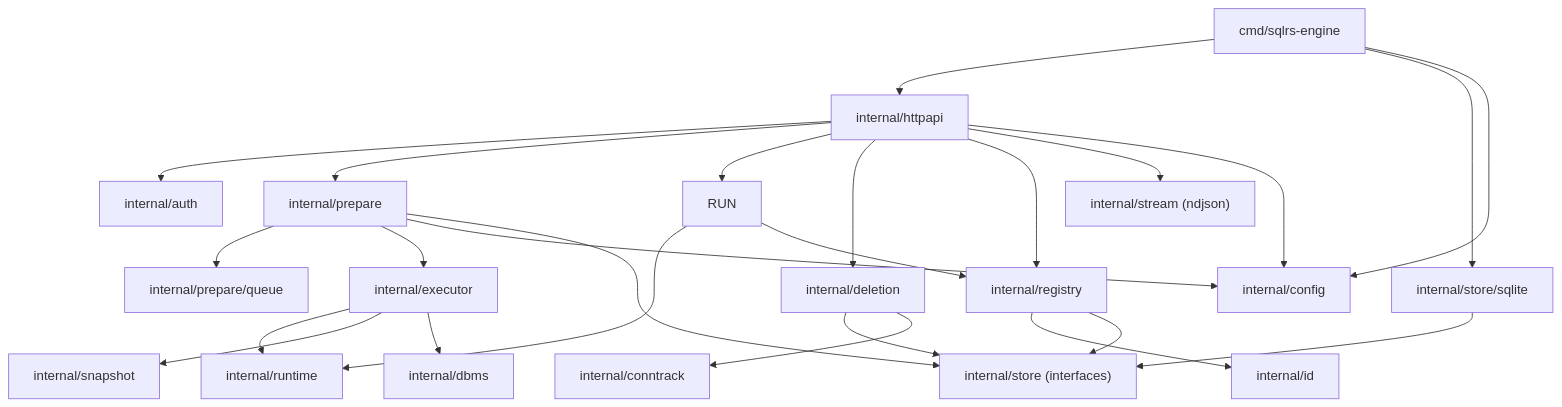
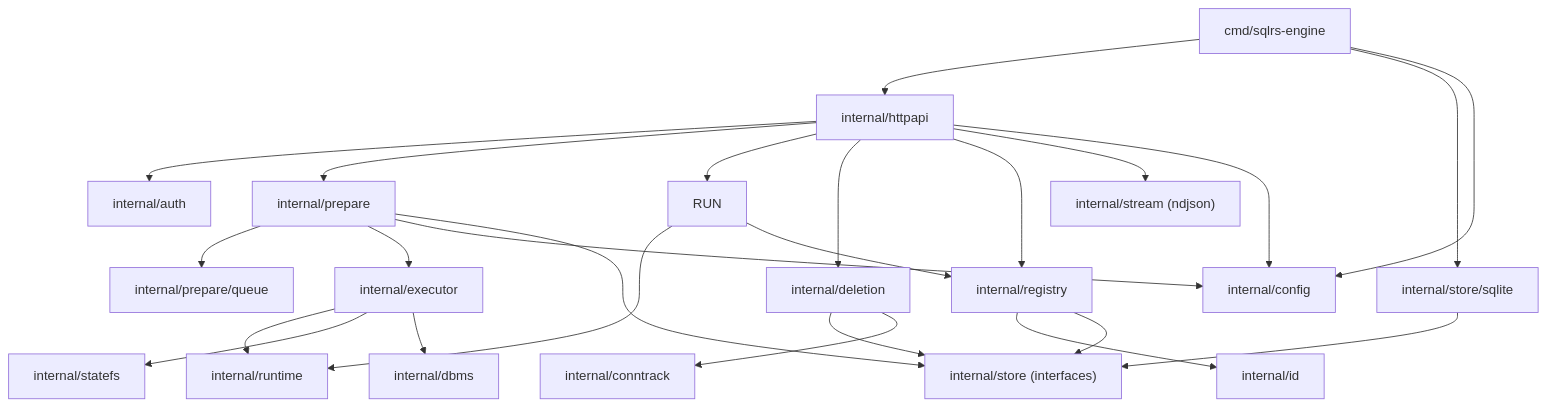
One commit to kimak-irmagi/taidon changed the diagram in docs/architecture/local-engine-component-structure.RU.md. Above: the diagram before and after it, drawn with Mermaid. The commit also changed other lines of this file and 29 other files, not shown here.

````diff
--- a/docs/architecture/local-engine-component-structure.RU.md
+++ b/docs/architecture/local-engine-component-structure.RU.md
@@ -116,45 +117,45 @@
 ```mermaid
 flowchart TD
   CMD["cmd/sqlrs-engine"]
   HTTP["internal/httpapi"]
   PREP["internal/prepare"]
   QUEUE["internal/prepare/queue"]
   EXEC["internal/executor"]
   RT["internal/runtime"]
-  SNAP["internal/snapshot"]
+  SNAP["internal/statefs"]
   DBMS["internal/dbms"]
   DEL["internal/deletion"]
   CONN["internal/conntrack"]
   AUTH["internal/auth"]
   REG["internal/registry"]
   ID["internal/id"]
   STORE["internal/store (interfaces)"]
   SQLITE["internal/store/sqlite"]
   STREAM["internal/stream (ndjson)"]
   CFG["internal/config"]
 
   CMD --> HTTP
   CMD --> SQLITE
   CMD --> CFG
   HTTP --> AUTH
   HTTP --> PREP
   HTTP --> RUN
   HTTP --> DEL
   HTTP --> REG
   HTTP --> STREAM
   HTTP --> CFG
   PREP --> QUEUE
   PREP --> EXEC
   PREP --> CFG
   EXEC --> RT
   EXEC --> SNAP
   EXEC --> DBMS
   DEL --> STORE
   DEL --> CONN
   RUN --> RT
   RUN --> REG
   PREP --> STORE
   REG --> ID
   REG --> STORE
   SQLITE --> STORE
 ```
````
